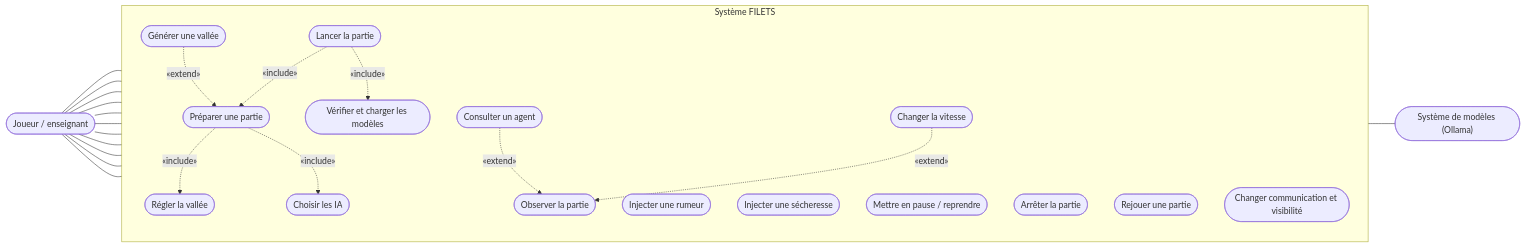
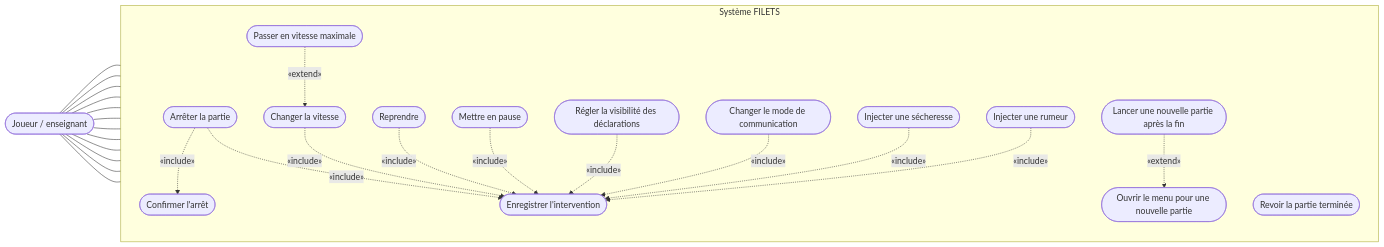
The second of 6 diagrams in docs/uml/cas-utilisation.md (Romain-LM-Dev/Projet-Parcours---Filets-de-Vellmor), drawn with Mermaid before and after one commit. The commit also changed other lines of this file and 11 other files, not shown here.

Commit message:
Docs : diagrammes UML complets (97 : chaque classe avec tous ses attributs et méthodes, World et WorldView en vues par domaine, 8 scénarios en séquence et en communication, ~95 cas d'utilisation) ; index dans le README ; PDF régénéré (125 pages) et son script docs/uml/build_pdf.py

````diff
--- a/docs/uml/cas-utilisation.md
+++ b/docs/uml/cas-utilisation.md
@@ -11,42 +69,44 @@
 ```mermaid
 flowchart LR
     J(["Joueur / enseignant"])
-    MOD(["Système de modèles (Ollama)"])
     subgraph SYS["Système FILETS"]
         direction TB
-        UC1(["Préparer une partie"])
-        UC2(["Régler la vallée"])
-        UC3(["Générer une vallée"])
-        UC4(["Choisir les IA"])
-        UC5(["Lancer la partie"])
-        UC6(["Observer la partie"])
-        UC7(["Consulter un agent"])
-        UC8(["Injecter une rumeur"])
-        UC9(["Injecter une sécheresse"])
-        UC10(["Mettre en pause / reprendre"])
-        UC11(["Changer la vitesse"])
-        UC12(["Arrêter la partie"])
-        UC13(["Rejouer une partie"])
-        UC14(["Changer communication et visibilité"])
-        UC15(["Vérifier et charger les modèles"])
+        Q1(["Mettre en pause"])
+        Q2(["Reprendre"])
+        Q3(["Changer la vitesse"])
+        Q4(["Passer en vitesse maximale"])
+        Q5(["Arrêter la partie"])
+        Q6(["Confirmer l'arrêt"])
+        Q7(["Injecter une rumeur"])
+        Q8(["Injecter une sécheresse"])
+        Q9(["Changer le mode de communication"])
+        Q10(["Régler la visibilité des déclarations"])
+        Q11(["Ouvrir le menu pour une nouvelle partie"])
+        Q12(["Revoir la partie terminée"])
+        Q13(["Lancer une nouvelle partie après la fin"])
+        Q14(["Enregistrer l'intervention"])
     end
-    J --- UC1
-    J --- UC5
-    J --- UC6
-    J --- UC7
-    J --- UC8
-    J --- UC9
-    J --- UC10
-    J --- UC11
-    J --- UC12
-    J --- UC13
-    J --- UC14
-    UC1 -. "«include»" .-> UC2
-    UC1 -. "«include»" .-> UC4
-    UC3 -. "«extend»" .-> UC1
-    UC5 -. "«include»" .-> UC1
-    UC5 -. "«include»" .-> UC15
-    UC7 -. "«extend»" .-> UC6
-    UC11 -. "«extend»" .-> UC6
-    UC15 --- MOD
+    J --- Q1
+    J --- Q2
+    J --- Q3
+    J --- Q4
+    J --- Q5
+    J --- Q7
+    J --- Q8
+    J --- Q9
+    J --- Q10
+    J --- Q11
+    J --- Q12
+    J --- Q13
+    Q5 -. "«include»" .-> Q6
+    Q4 -. "«extend»" .-> Q3
+    Q7 -. "«include»" .-> Q14
+    Q8 -. "«include»" .-> Q14
+    Q9 -. "«include»" .-> Q14
+    Q10 -. "«include»" .-> Q14
+    Q1 -. "«include»" .-> Q14
+    Q2 -. "«include»" .-> Q14
+    Q3 -. "«include»" .-> Q14
+    Q5 -. "«include»" .-> Q14
+    Q13 -. "«extend»" .-> Q11
 ```
````
